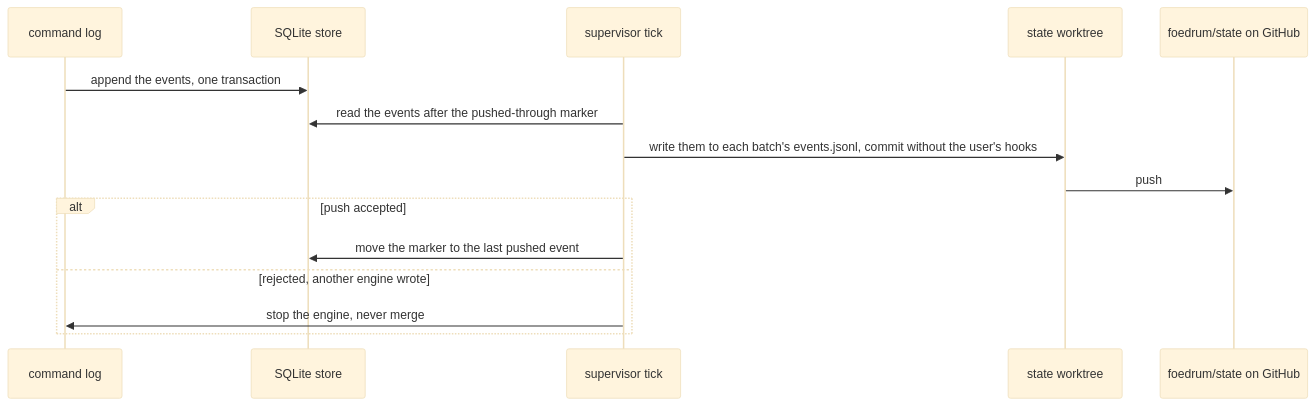
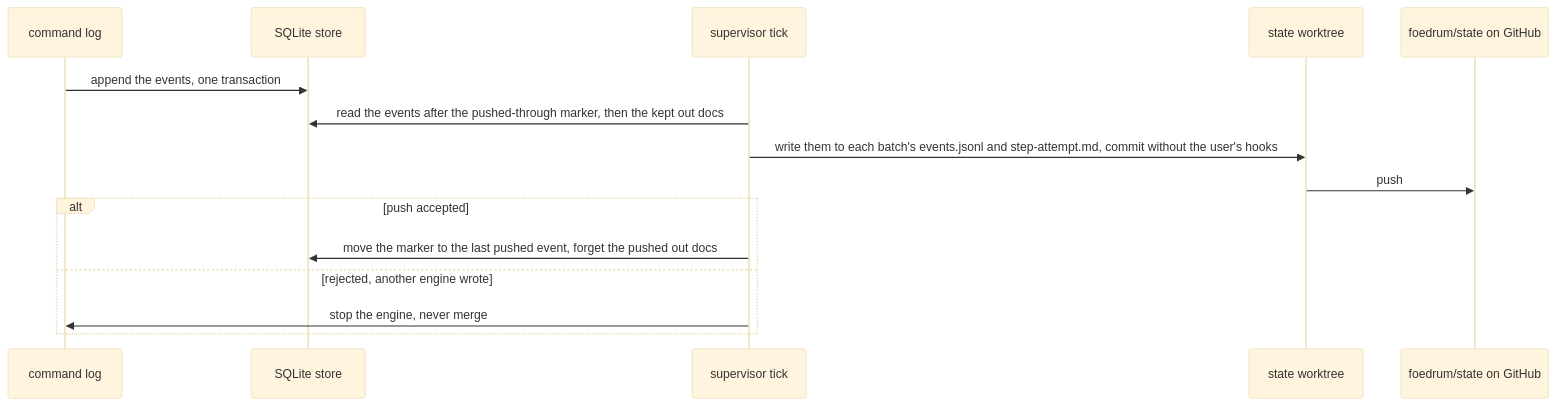
The fourth of 8 diagrams in docs/architecture.md (EdwinBekaert/foedrum), drawn with Mermaid (base theme) before and after one commit. The commit also changed other lines of this file and 4 other files, not shown here.

First line of the commit message:
Record ADR 0103: out docs reach the state branch through the store

````diff
--- a/docs/architecture.md
+++ b/docs/architecture.md
@@ -158,17 +158,17 @@
 ```mermaid
 sequenceDiagram
   participant C as command log
   participant S as SQLite store
   participant T as supervisor tick
   participant W as state worktree
   participant R as foedrum/state on GitHub
   C->>S: append the events, one transaction
-  T->>S: read the events after the pushed-through marker
-  T->>W: write them to each batch's events.jsonl, commit without the user's hooks
+  T->>S: read the events after the pushed-through marker, then the kept out docs
+  T->>W: write them to each batch's events.jsonl and step-attempt.md, commit without the user's hooks
   W->>R: push
   alt push accepted
-    T->>S: move the marker to the last pushed event
+    T->>S: move the marker to the last pushed event, forget the pushed out docs
   else rejected, another engine wrote
     T->>C: stop the engine, never merge
   end
 ```
````
